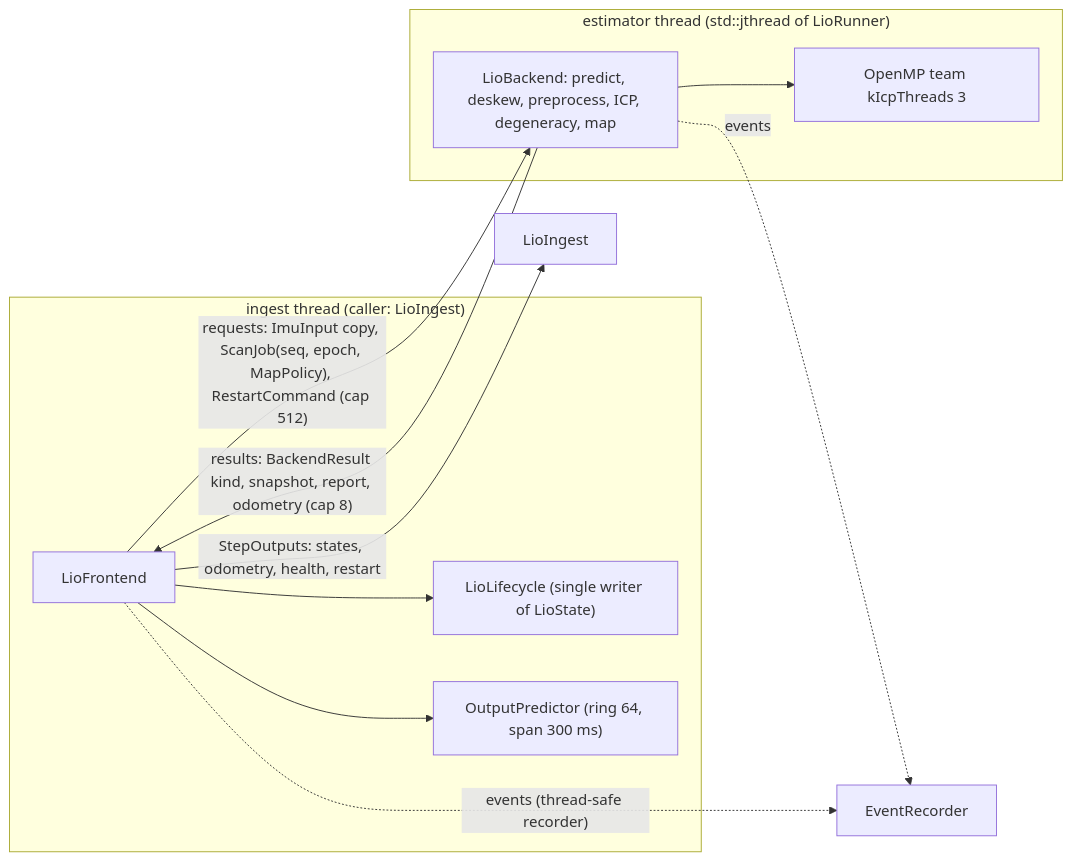
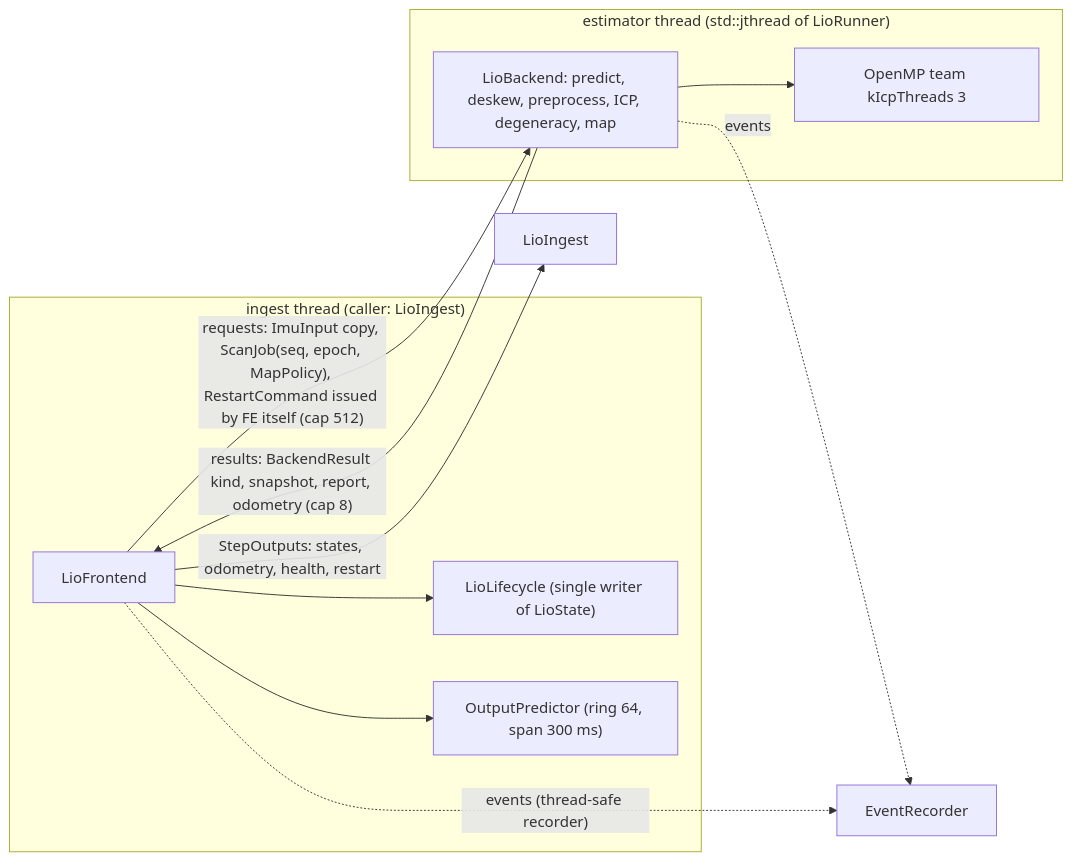
One commit to TanDatEmb/uav-navigation changed the sixth of 12 diagrams in docs/architecture/AS_BUILT.md. Above: the diagram before and after it, drawn with Mermaid. The commit also changed other lines of this file, not shown here.

````diff
--- a/docs/architecture/AS_BUILT.md
+++ b/docs/architecture/AS_BUILT.md
@@ -270,20 +270,20 @@
 ```mermaid
 flowchart LR
   subgraph INGEST["ingest thread (caller: LioIngest)"]
     FE["LioFrontend"]
     LC["LioLifecycle (single writer of LioState)"]
     OP["OutputPredictor (ring 64, span 300 ms)"]
     FE --> LC
     FE --> OP
   end
   subgraph EST["estimator thread (std::jthread of LioRunner)"]
     BE["LioBackend: predict, deskew, preprocess, ICP, degeneracy, map"]
     OMP["OpenMP team kIcpThreads 3"]
     BE --> OMP
   end
-  FE -- "requests: ImuInput copy, ScanJob(seq, epoch, MapPolicy), RestartCommand (cap 512)" --> BE
+  FE -- "requests: ImuInput copy, ScanJob(seq, epoch, MapPolicy), RestartCommand issued by FE itself (cap 512)" --> BE
   BE -- "results: BackendResult kind, snapshot, report, odometry (cap 8)" --> FE
   FE -- "StepOutputs: states, odometry, health, restart" --> OUT["LioIngest"]
   FE -. "events (thread-safe recorder)" .-> REC["EventRecorder"]
   BE -. "events" .-> REC
 ```
````
